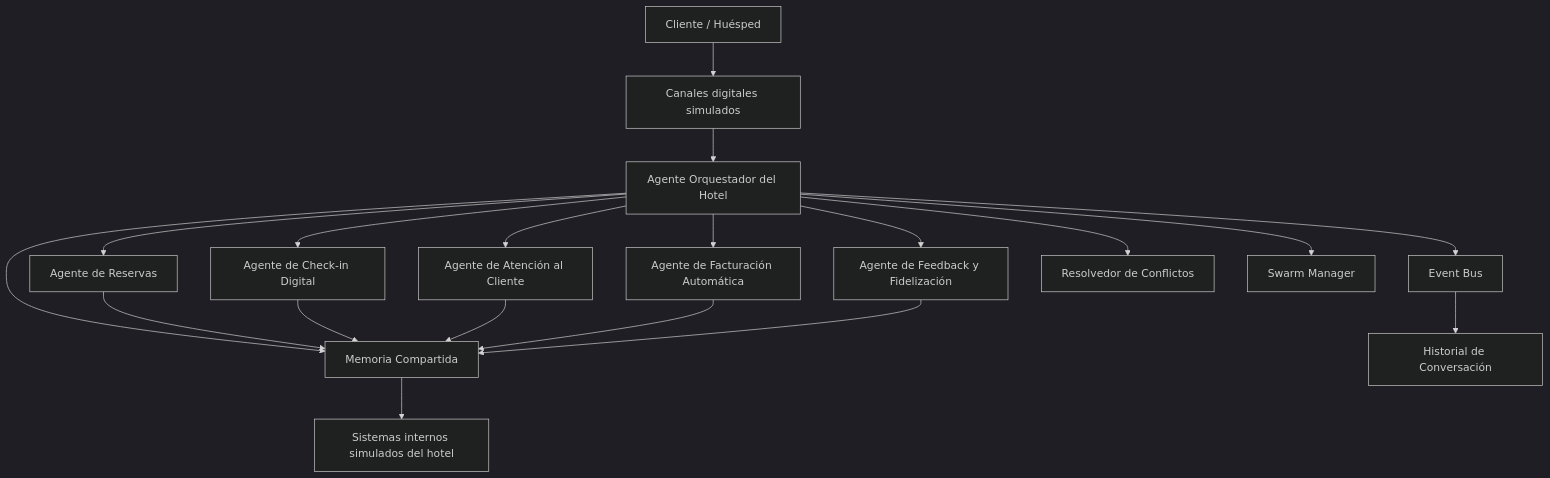
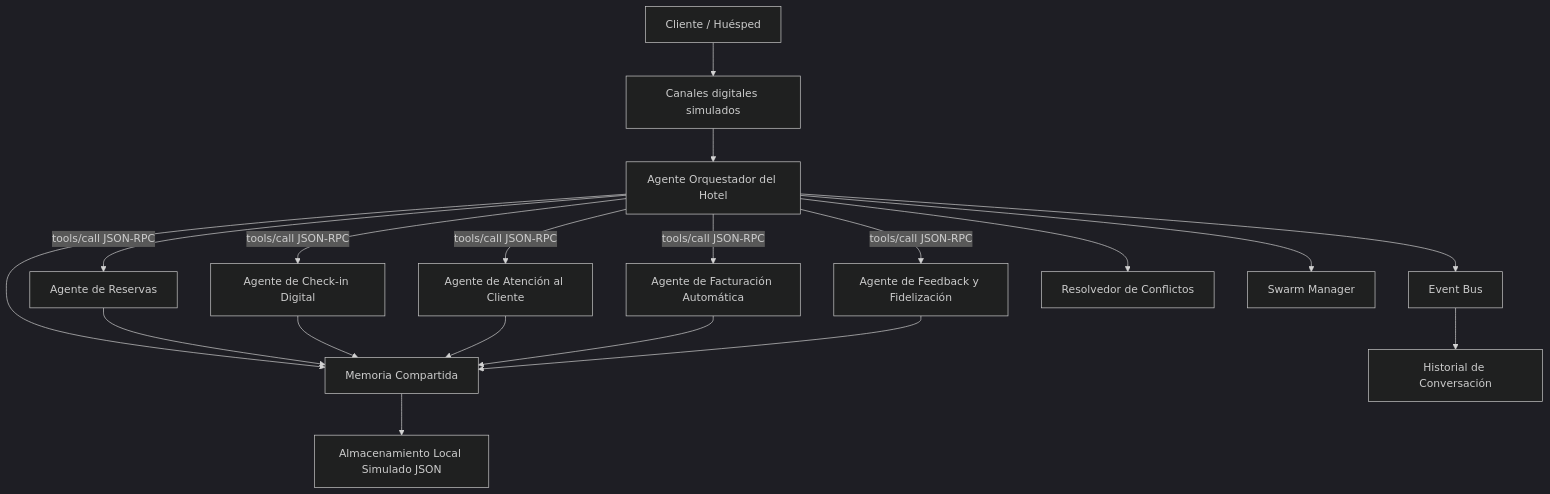
One commit to Dxnn017/Proyecto-Hotel-Inteligente-Multiagente changed the diagram in docs/architecture.md. Above: the diagram before and after it, drawn with Mermaid (dark theme). The commit also changed other lines of this file and 23 other files, not shown here.

````diff
--- a/docs/architecture.md
+++ b/docs/architecture.md
@@ -10,25 +21,25 @@
 ```mermaid
 flowchart TD
     Cliente[Cliente / Huésped] --> Canal[Canales digitales simulados]
     Canal --> Orquestador[Agente Orquestador del Hotel]
 
-    Orquestador --> Reservas[Agente de Reservas]
-    Orquestador --> Checkin[Agente de Check-in Digital]
-    Orquestador --> Atencion[Agente de Atención al Cliente]
-    Orquestador --> Facturacion[Agente de Facturación Automática]
-    Orquestador --> Feedback[Agente de Feedback y Fidelización]
+    Orquestador --> |tools/call JSON-RPC| Reservas[Agente de Reservas]
+    Orquestador --> |tools/call JSON-RPC| Checkin[Agente de Check-in Digital]
+    Orquestador --> |tools/call JSON-RPC| Atencion[Agente de Atención al Cliente]
+    Orquestador --> |tools/call JSON-RPC| Facturacion[Agente de Facturación Automática]
+    Orquestador --> |tools/call JSON-RPC| Feedback[Agente de Feedback y Fidelización]
 
     Orquestador --> Memoria[Memoria Compartida]
     Orquestador --> Eventos[Event Bus]
     Orquestador --> Conflictos[Resolvedor de Conflictos]
     Orquestador --> Swarm[Swarm Manager]
 
     Reservas --> Memoria
     Checkin --> Memoria
     Atencion --> Memoria
     Facturacion --> Memoria
     Feedback --> Memoria
 
     Eventos --> Historial[Historial de Conversación]
-    Memoria --> Datos[Sistemas internos simulados del hotel]
+    Memoria --> Datos[Almacenamiento Local Simulado JSON]
 ```
````
